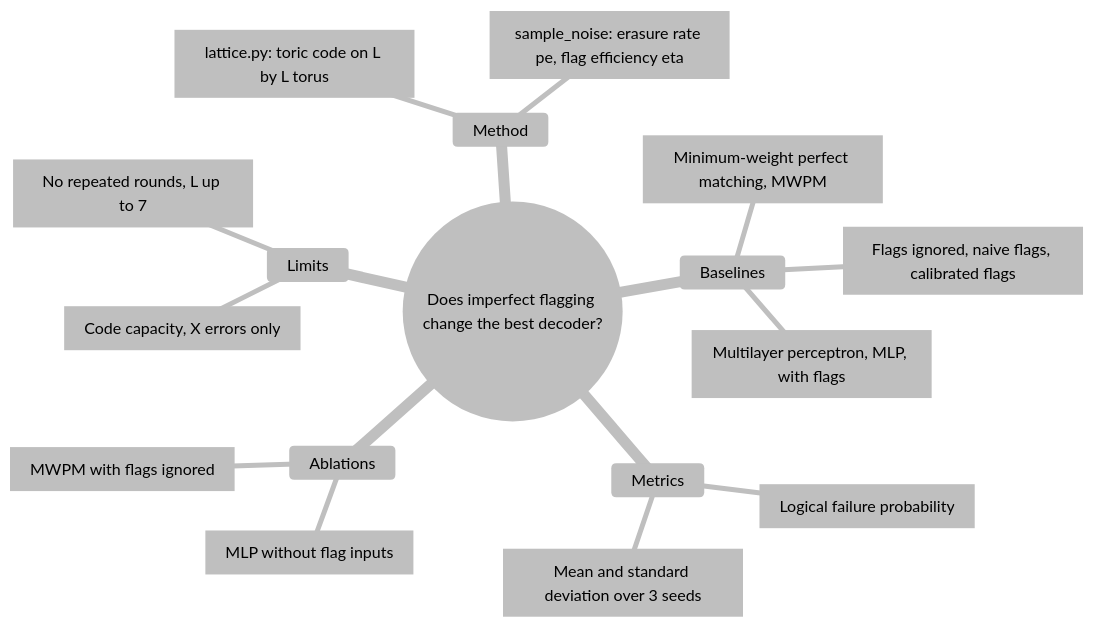
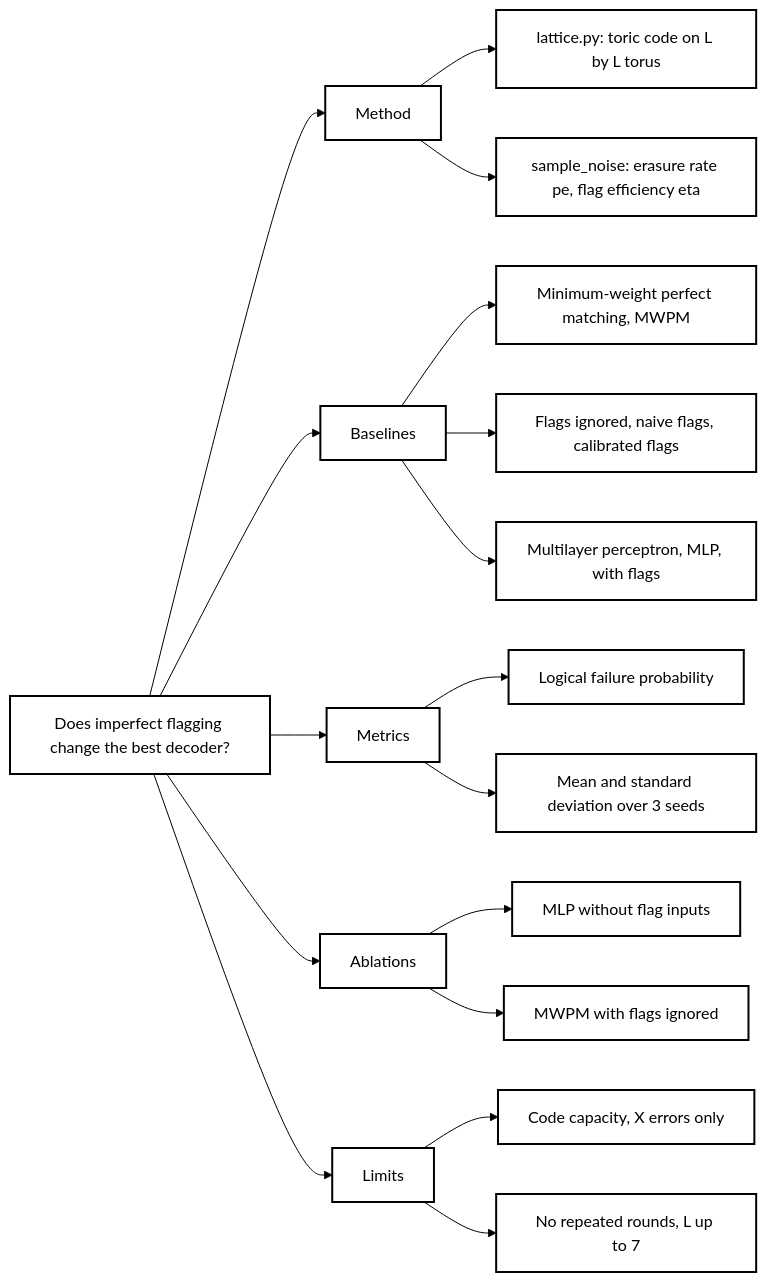
One commit to pradeepdegalaroyal/imperfect-erasure-flag-decoding-toric-code changed the diagram in README.md. Above: the diagram before and after it, drawn with Mermaid.

Commit message:
Method diagram: use a flowchart so GitHub renders it

````diff
--- a/README.md
+++ b/README.md
@@ -19,21 +19,39 @@
 ```mermaid
 %%{init: {'theme': 'base', 'themeVariables': {'primaryColor': '#ffffff', 'primaryTextColor': '#000000', 'primaryBorderColor': '#000000', 'lineColor': '#000000', 'secondaryColor': '#ffffff', 'tertiaryColor': '#ffffff', 'background': '#ffffff', 'noteBkgColor': '#ffffff', 'noteTextColor': '#000000', 'actorBkg': '#ffffff', 'actorBorder': '#000000', 'actorTextColor': '#000000', 'signalColor': '#000000', 'signalTextColor': '#000000', 'labelBoxBkgColor': '#ffffff', 'labelTextColor': '#000000', 'clusterBkg': '#ffffff', 'clusterBorder': '#000000'}}}%%
-mindmap
-  root(("Does imperfect flagging change the best decoder?"))
-    Method
-      ["lattice.py: toric code on L by L torus"]
-      ["sample_noise: erasure rate pe, flag efficiency eta"]
-    Baselines
-      ["Minimum-weight perfect matching, MWPM"]
-      ["Flags ignored, naive flags, calibrated flags"]
-      ["Multilayer perceptron, MLP, with flags"]
-    Metrics
-      ["Logical failure probability"]
-      ["Mean and standard deviation over 3 seeds"]
-    Ablations
-      ["MLP without flag inputs"]
-      ["MWPM with flags ignored"]
-    Limits
-      ["Code capacity, X errors only"]
-      ["No repeated rounds, L up to 7"]
+flowchart LR
+  N0["Does imperfect flagging change the best decoder?"]
+  N1["Method"]
+  N0 --> N1
+  N2["lattice.py: toric code on L by L torus"]
+  N1 --> N2
+  N3["sample_noise: erasure rate pe, flag efficiency eta"]
+  N1 --> N3
+  N4["Baselines"]
+  N0 --> N4
+  N5["Minimum-weight perfect matching, MWPM"]
+  N4 --> N5
+  N6["Flags ignored, naive flags, calibrated flags"]
+  N4 --> N6
+  N7["Multilayer perceptron, MLP, with flags"]
+  N4 --> N7
+  N8["Metrics"]
+  N0 --> N8
+  N9["Logical failure probability"]
+  N8 --> N9
+  N10["Mean and standard deviation over 3 seeds"]
+  N8 --> N10
+  N11["Ablations"]
+  N0 --> N11
+  N12["MLP without flag inputs"]
+  N11 --> N12
+  N13["MWPM with flags ignored"]
+  N11 --> N13
+  N14["Limits"]
+  N0 --> N14
+  N15["Code capacity, X errors only"]
+  N14 --> N15
+  N16["No repeated rounds, L up to 7"]
+  N14 --> N16
+  classDef bw fill:#ffffff,stroke:#000000,color:#000000,stroke-width:2px;
+  class N0,N1,N2,N3,N4,N5,N6,N7,N8,N9,N10,N11,N12,N13,N14,N15,N16 bw;
 ```
````
